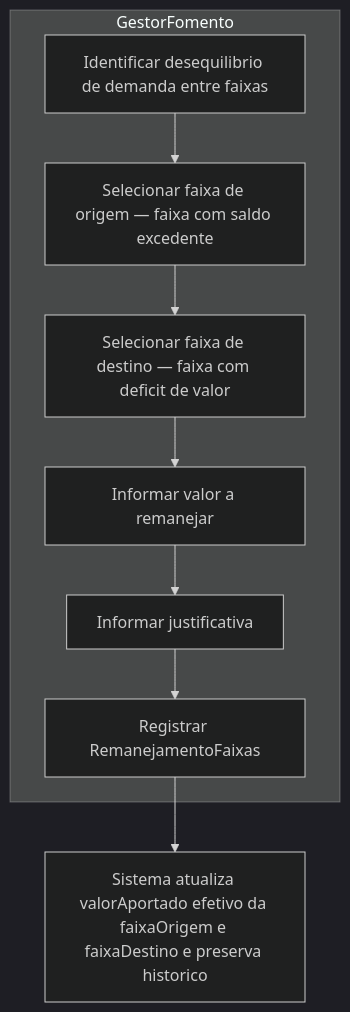
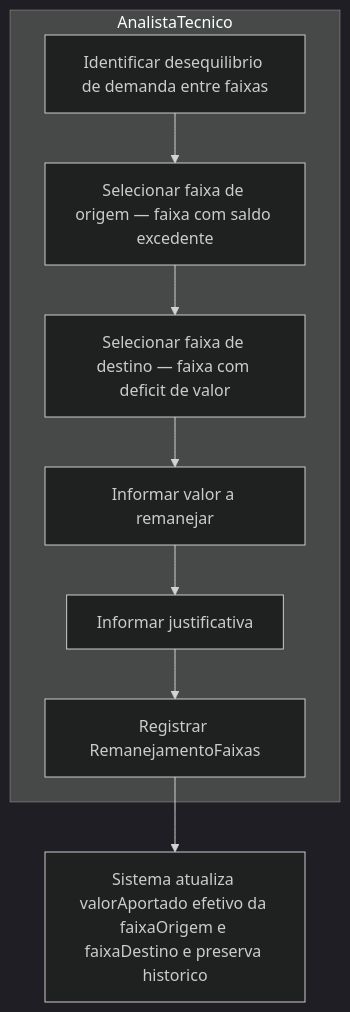
Before and after one commit to Czzped/conecta-fapes-teste: the third of 4 diagrams in docs/implementation/modules/M011-configuracao-captacao/process/process-fomento.md, drawn with Mermaid (dark theme). The commit also changed other lines of this file and 4 other files, not shown here.

````diff
--- a/docs/implementation/modules/M011-configuracao-captacao/process/process-fomento.md
+++ b/docs/implementation/modules/M011-configuracao-captacao/process/process-fomento.md
@@ -160,14 +195,14 @@
 ```mermaid
 flowchart TD
-    subgraph GestorFomento[GestorFomento]
+    subgraph AnalistaTecnico[AnalistaTecnico]
         A[Identificar desequilibrio de demanda entre faixas]
         B[Selecionar faixa de origem — faixa com saldo excedente]
         C[Selecionar faixa de destino — faixa com deficit de valor]
         D[Informar valor a remanejar]
         E[Informar justificativa]
         F[Registrar RemanejamentoFaixas]
     end
 
     A --> B --> C --> D --> E --> F
     F --> G[Sistema atualiza valorAportado efetivo da faixaOrigem e faixaDestino e preserva historico]
 ```
````
